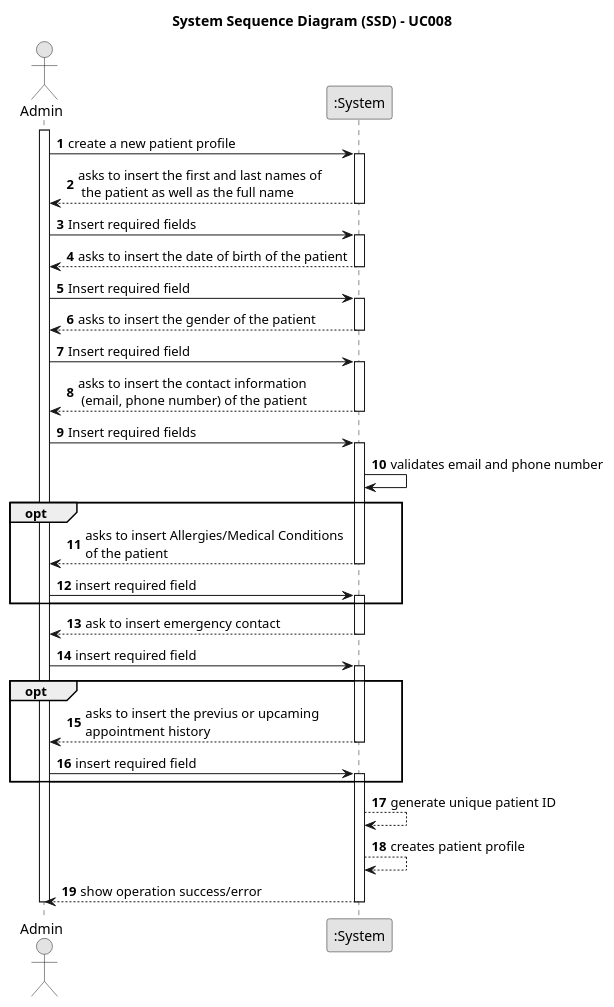
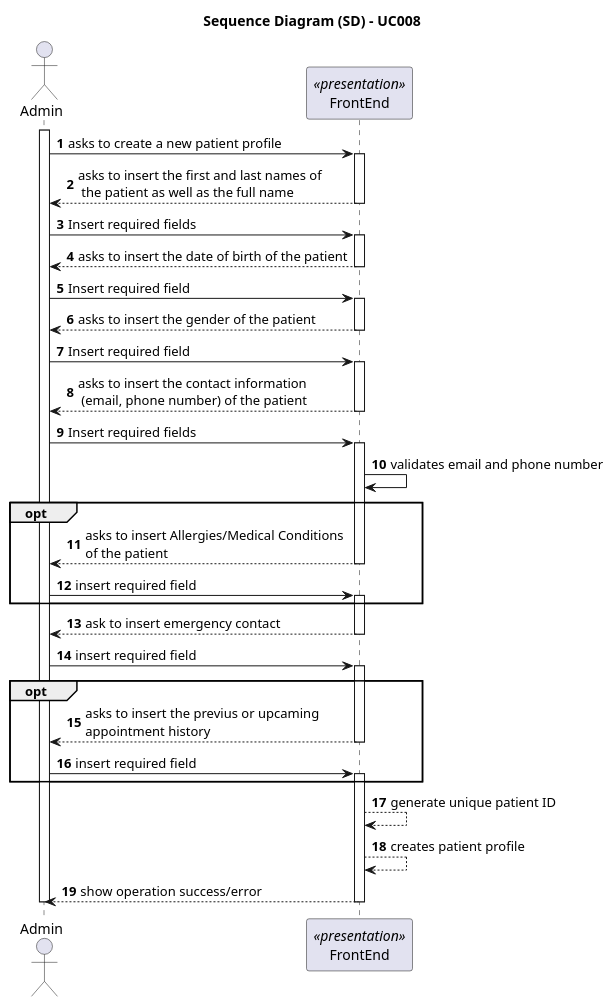
Before and after one commit to 1221124/sem5pi-24-25-g031: the diagram in docs/SprintA/UseCases/UC008/01.requirements-engineering/puml/uc008-system-sequence-diagram.puml, drawn with PlantUML. The commit also changed other lines of this file, not shown here.

Commit message:
#10 Uc8 SSD
updated SSD from UC8

```diff
--- a/docs/SprintA/UseCases/UC008/01.requirements-engineering/puml/uc008-system-sequence-diagram.puml
+++ b/docs/SprintA/UseCases/UC008/01.requirements-engineering/puml/uc008-system-sequence-diagram.puml
@@ -1,76 +3,81 @@
 @startuml
-skinparam monochrome true
 skinparam packageStyle rectangle
 skinparam shadowing false
+skinparam linetype polyline
 autonumber
 
-title System Sequence Diagram (SSD) - UC008
+skinparam classAttributeIconSize 0
+
+title Sequence Diagram (SD) - UC008
+
 actor Admin as ADM
-participant ":System" as System
+participant FrontEnd as FE <<presentation>>
+
 
 activate ADM
 
-    ADM -> System: create a new patient profile
+    ADM -> FE: asks to create a new patient profile
 
-    activate System
+    activate FE
 
-        System --> ADM: asks to insert the first and last names of\n the patient as well as the full name
-    deactivate System
+        FE --> ADM: asks to insert the first and last names of\n the patient as well as the full name
+    deactivate FE
 
-    ADM -> System : Insert required fields
-    activate System
+    ADM -> FE : Insert required fields
+    activate FE
 
-        System --> ADM: asks to insert the date of birth of the patient
-    deactivate System
+        FE --> ADM: asks to insert the date of birth of the patient
+    deactivate FE
 
-    ADM -> System : Insert required field
-    activate System
+    ADM -> FE : Insert required field
+    activate FE
 
-        System --> ADM: asks to insert the gender of the patient
-    deactivate System
+        FE --> ADM: asks to insert the gender of the patient
+    deactivate FE
 
-    ADM -> System : Insert required field
-    activate System
+    ADM -> FE : Insert required field
+    activate FE
 
-        System --> ADM: asks to insert the contact information\n (email, phone number) of the patient
-    deactivate System
+        FE --> ADM: asks to insert the contact information\n (email, phone number) of the patient
+    deactivate FE
 
-    ADM -> System : Insert required fields
-    activate System
+    ADM -> FE : Insert required fields
+    activate FE
 
-        System -> System: validates email and phone number
+        FE -> FE: validates email and phone number
 
     opt
-        System --> ADM: asks to insert Allergies/Medical Conditions \nof the patient
-        deactivate System
+        FE --> ADM: asks to insert Allergies/Medical Conditions \nof the patient
+        deactivate FE
 
-        ADM -> System: insert required field
-        activate System
+        ADM -> FE: insert required field
+        activate FE
 
     end opt
         
-    System --> ADM: ask to insert emergency contact
-    deactivate System
+    FE --> ADM: ask to insert emergency contact
+    deactivate FE
 
-    ADM -> System: insert required field
-    activate System
+    ADM -> FE: insert required field
+    activate FE
 
     opt
 
-        System --> ADM: asks to insert the previus or upcaming \nappointment history
-        deactivate System
+        FE --> ADM: asks to insert the previus or upcaming \nappointment history
+        deactivate FE
 
-        ADM -> System: insert required field
-        activate System
+        ADM -> FE: insert required field
+        activate FE
 
     end opt
 
-        System --> System: generate unique patient ID
-        System --> System: creates patient profile
-        System --> ADM: show operation success/error
-    deactivate System
+        FE --> FE: generate unique patient ID
+        FE --> FE: creates patient profile
+        FE --> ADM: show operation success/error
+    deactivate FE
 
 
 deactivate ADM
 
+
 @enduml
```
